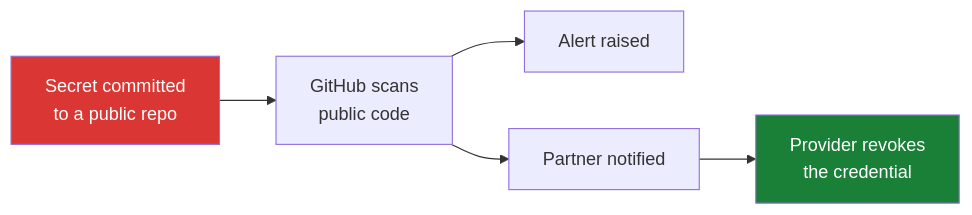
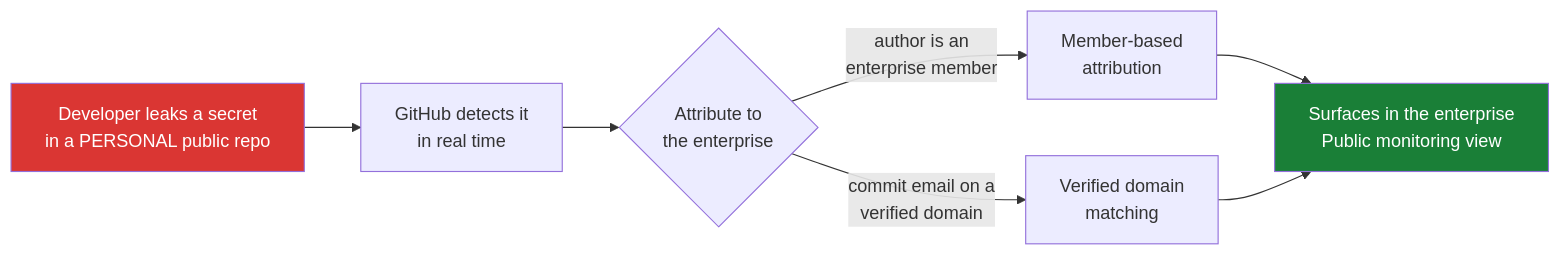
One commit to erinhav/my-cabbages changed the diagram in README.md. Above: the diagram before and after it, drawn with Mermaid. The commit also changed other lines of this file, not shown here.

First line of the commit message:
Reframe as the primary public monitoring demo

````diff
--- a/README.md
+++ b/README.md
@@ -9,9 +16,11 @@
 ```mermaid
 flowchart LR
-    A[Secret committed<br/>to a public repo] --> B[GitHub scans<br/>public code]
-    B --> C[Alert raised]
-    B --> D[Partner notified]
-    D --> E[Provider revokes<br/>the credential]
+    A[Developer leaks a secret<br/>in a PERSONAL public repo] --> B[GitHub detects it<br/>in real time]
+    B --> C{Attribute to<br/>the enterprise}
+    C -->|author is an<br/>enterprise member| D[Member-based<br/>attribution]
+    C -->|commit email on a<br/>verified domain| E[Verified domain<br/>matching]
+    D --> F[Surfaces in the enterprise<br/>Public monitoring view]
+    E --> F
     style A fill:#da3633,color:#fff
-    style E fill:#1a7f37,color:#fff
+    style F fill:#1a7f37,color:#fff
 ```
````
